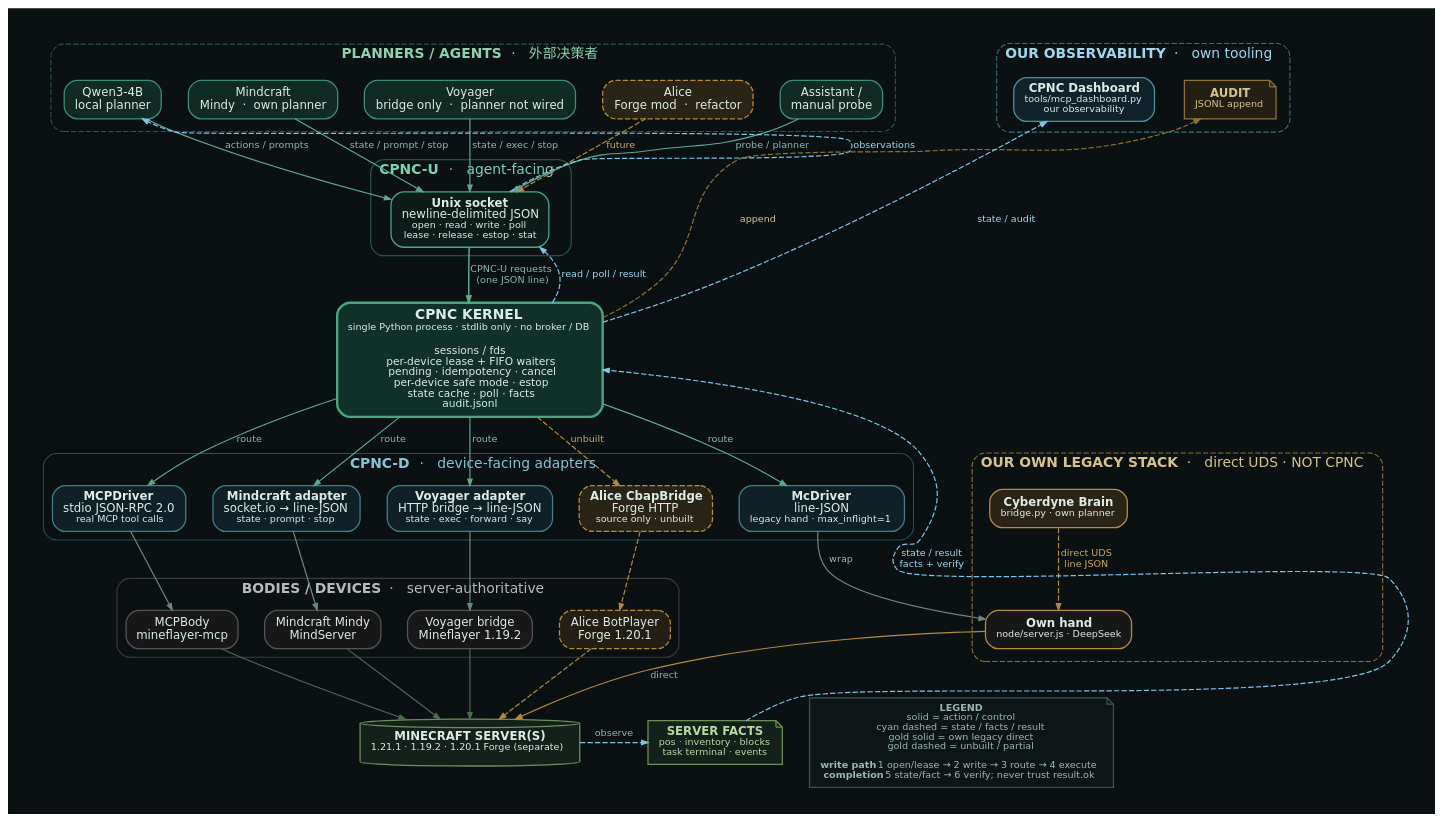
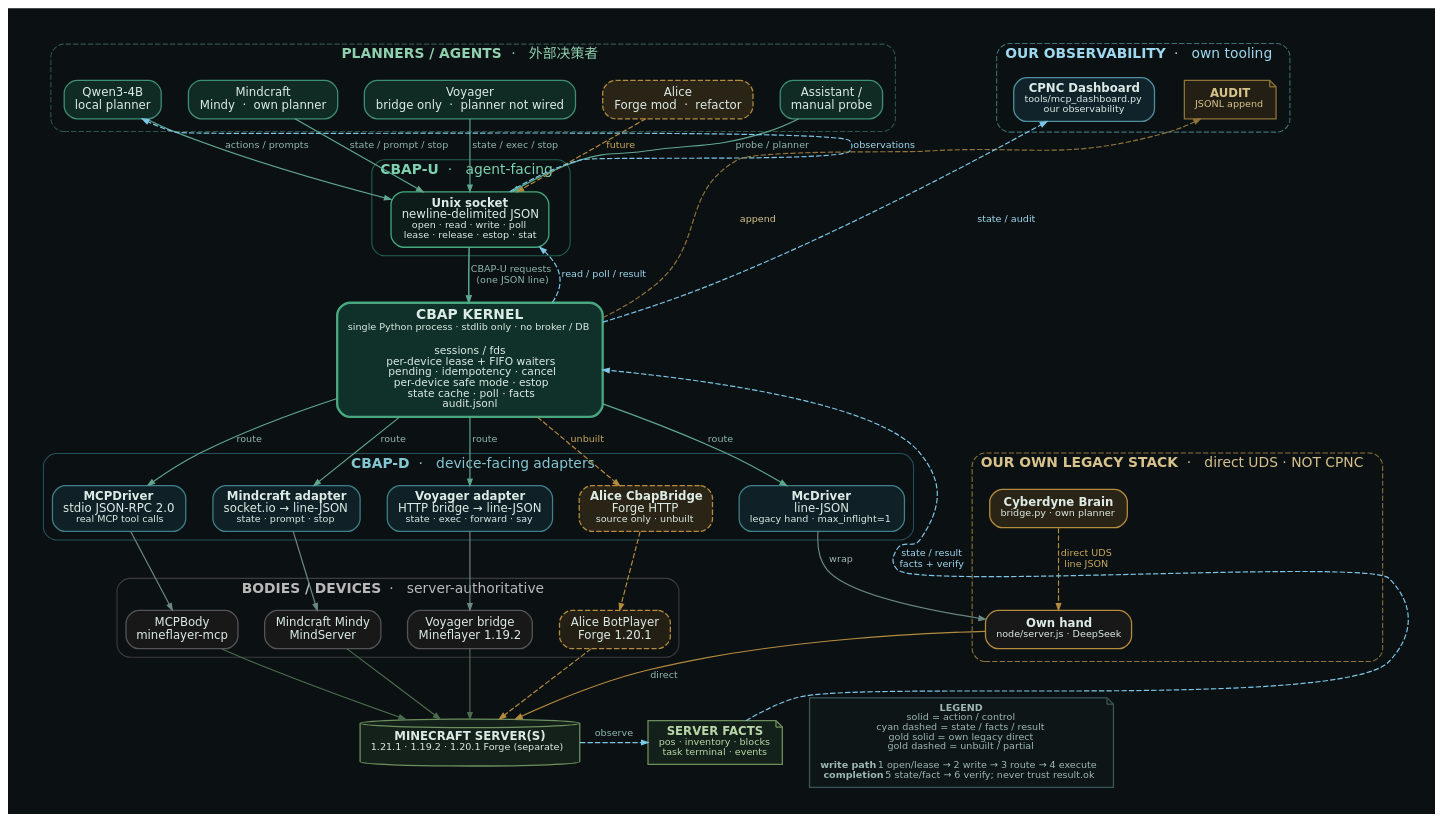
Before and after one commit to cyberdyne-bridge/cyberdyne-bridge-agent-physical-protocol: the diagram in docs/diagrams/cbap-structure.dot, drawn with Graphviz. The commit also changed 37 other files, not shown here.

First line of the commit message:
naming: define CBAP as a CPNC subprotocol

```diff
--- a/docs/diagrams/cbap-structure.dot
+++ b/docs/diagrams/cbap-structure.dot
@@ -1,147 +1,147 @@
 digraph CPNC {
   graph [
     rankdir=TB,
     bgcolor="#0b1012",
     fontname="DejaVu Sans",
     fontcolor="#8fb7af",
     fontsize=13,
     nodesep=0.35,
     ranksep=0.45,
     pad=0.35,
     splines=true,
     compound=true
   ];
   node [
     shape=box,
     style="rounded,filled",
     fontname="DejaVu Sans",
     fontsize=11,
     fontcolor="#dcebe5",
     color="#31484a",
     fillcolor="#121e21",
     penwidth=1.2,
     margin="0.14,0.08"
   ];
   edge [
     color="#5fa88f",
     fontname="DejaVu Sans",
     fontsize=9,
     fontcolor="#8fb7af",
     arrowsize=0.6,
     penwidth=1.1
   ];
 
   subgraph cluster_agents {
     label=<<B>PLANNERS / AGENTS</B>   ·   外部决策者>;
     style="rounded,dashed"; color="#2d5548"; fontcolor="#8fd0ae";
     margin=12;
     qwen  [label="Qwen3-4B\nlocal planner", fillcolor="#102b24", color="#3f8f75"];
     mind  [label="Mindcraft\nMindy  ·  own planner", fillcolor="#102b24", color="#3f8f75"];
     voy   [label="Voyager\nbridge only  ·  planner not wired", fillcolor="#102b24", color="#3f8f75"];
     alice [label="Alice\nForge mod  ·  refactor", style="rounded,filled,dashed", fillcolor="#2a2416", color="#b58b3e"];
     manual[label="Assistant /\nmanual probe", fillcolor="#102b24", color="#3f8f75"];
   }
 
   subgraph cluster_own {
     label=<<B>OUR OWN LEGACY STACK</B>   ·   direct UDS · NOT CPNC>;
     style="rounded,dashed"; color="#8f7338"; fontcolor="#d8c28c";
     margin=12;
     ownbrain [label=<<B>Cyberdyne Brain</B><BR/><FONT POINT-SIZE="9">bridge.py · own planner</FONT>>, fillcolor="#2a2416", color="#b58b3e"];
     ownhand  [label=<<B>Own hand</B><BR/><FONT POINT-SIZE="9">node/server.js · DeepSeek</FONT>>, fillcolor="#181818", color="#b58b3e"];
     ownbrain -> ownhand [label=" direct UDS\n line JSON", color="#b58b3e", style=dashed, fontcolor="#c9a85e"];
   }
 
   subgraph cluster_u {
-    label=<<B>CPNC-U</B>   ·   agent-facing>;
+    label=<<B>CBAP-U</B>   ·   agent-facing>;
     style="rounded"; color="#23614f"; fontcolor="#7dd3b0";
     uds_u [shape=box, style="rounded,filled", fillcolor="#0d1c19", color="#47a980",
            label=<<B>Unix socket</B><BR/>newline-delimited JSON<BR/><FONT POINT-SIZE="9">open · read · write · poll</FONT><BR/><FONT POINT-SIZE="9">lease · release · estop · stat</FONT>>];
   }
 
-  kernel [label=<<B>CPNC KERNEL</B><BR/><FONT POINT-SIZE="9">single Python process · stdlib only · no broker / DB</FONT><BR/><BR/><FONT POINT-SIZE="10">sessions / fds</FONT><BR/><FONT POINT-SIZE="10">per-device lease + FIFO waiters</FONT><BR/><FONT POINT-SIZE="10">pending · idempotency · cancel</FONT><BR/><FONT POINT-SIZE="10">per-device safe mode · estop</FONT><BR/><FONT POINT-SIZE="10">state cache · poll · facts</FONT><BR/><FONT POINT-SIZE="10">audit.jsonl</FONT>>,
+  kernel [label=<<B>CBAP KERNEL</B><BR/><FONT POINT-SIZE="9">single Python process · stdlib only · no broker / DB</FONT><BR/><BR/><FONT POINT-SIZE="10">sessions / fds</FONT><BR/><FONT POINT-SIZE="10">per-device lease + FIFO waiters</FONT><BR/><FONT POINT-SIZE="10">pending · idempotency · cancel</FONT><BR/><FONT POINT-SIZE="10">per-device safe mode · estop</FONT><BR/><FONT POINT-SIZE="10">state cache · poll · facts</FONT><BR/><FONT POINT-SIZE="10">audit.jsonl</FONT>>,
           fillcolor="#103129", color="#48a77f", penwidth=2.2, fontsize=13];
 
   subgraph cluster_d {
-    label=<<B>CPNC-D</B>   ·   device-facing adapters>;
+    label=<<B>CBAP-D</B>   ·   device-facing adapters>;
     style="rounded"; color="#24515b"; fontcolor="#83c7d3";
     mc_drv   [label=<<B>McDriver</B><BR/>line-JSON<BR/><FONT POINT-SIZE="9">legacy hand · max_inflight=1</FONT>>, fillcolor="#0f2026", color="#3f7f8a"];
     mcp_drv  [label=<<B>MCPDriver</B><BR/>stdio JSON-RPC 2.0<BR/><FONT POINT-SIZE="9">real MCP tool calls</FONT>>, fillcolor="#0f2026", color="#3f7f8a"];
     mind_drv [label=<<B>Mindcraft adapter</B><BR/>socket.io → line-JSON<BR/><FONT POINT-SIZE="9">state · prompt · stop</FONT>>, fillcolor="#0f2026", color="#3f7f8a"];
     voy_drv  [label=<<B>Voyager adapter</B><BR/>HTTP bridge → line-JSON<BR/><FONT POINT-SIZE="9">state · exec · forward · say</FONT>>, fillcolor="#0f2026", color="#3f7f8a"];
     alice_drv[label=<<B>Alice CbapBridge</B><BR/>Forge HTTP<BR/><FONT POINT-SIZE="9">source only · unbuilt</FONT>>, style="rounded,filled,dashed", fillcolor="#2a2416", color="#b58b3e"];
   }
 
   subgraph cluster_b {
     label=<<B>BODIES / DEVICES</B>   ·   server-authoritative>;
     style="rounded"; color="#3c3c3c"; fontcolor="#b9b9b9";
     mcp    [label="MCPBody\nmineflayer-mcp", fillcolor="#181818", color="#555555"];
     mindy  [label="Mindcraft Mindy\nMindServer", fillcolor="#181818", color="#555555"];
     vbody  [label="Voyager bridge\nMineflayer 1.19.2", fillcolor="#181818", color="#555555"];
     aliceb [label="Alice BotPlayer\nForge 1.20.1", style="rounded,filled,dashed", fillcolor="#241f14", color="#b58b3e"];
   }
 
   mc [label=<<B>MINECRAFT SERVER(S)</B><BR/><FONT POINT-SIZE="9">1.21.1 · 1.19.2 · 1.20.1 Forge (separate)</FONT>>,
       shape=cylinder, fillcolor="#14201a", color="#6d8f5d"];
 
   facts [shape=note, style="filled", fillcolor="#14201a", color="#6d8f5d",
          fontcolor="#b9d8a8",
          label=<<B>SERVER FACTS</B><BR/><FONT POINT-SIZE="9">pos · inventory · blocks<BR/>task terminal · events</FONT>>];
 
   subgraph cluster_obs {
     label=<<B>OUR OBSERVABILITY</B>   ·   own tooling>;
     style="rounded,dashed"; color="#3f6f7a"; fontcolor="#9ed8ef";
     margin=10;
     audit [shape=note, style="filled", fillcolor="#241f14", color="#8f7338",
            fontcolor="#d8c28c",
            label=<<B>AUDIT</B><BR/><FONT POINT-SIZE="9">JSONL append</FONT>>];
     dashboard [shape=box, style="rounded,filled", fillcolor="#10232a", color="#4f8f9d",
                label=<<B>CPNC Dashboard</B><BR/><FONT POINT-SIZE="9">tools/mcp_dashboard.py</FONT><BR/><FONT POINT-SIZE="9">our observability</FONT>>];
   }
 
   legend [shape=note, style="filled", fillcolor="#0d1517", color="#3a5557",
           fontcolor="#9db8b0", fontsize=9,
           label=<<B>LEGEND</B><BR/>solid = action / control<BR/>cyan dashed = state / facts / result<BR/>gold solid = own legacy direct<BR/>gold dashed = unbuilt / partial<BR/><BR/><B>write path</B> 1 open/lease → 2 write → 3 route → 4 execute<BR/><B>completion</B> 5 state/fact → 6 verify; never trust result.ok>];
 
   // agents → UDS
   qwen -> uds_u [label=" actions / prompts"];
   mind -> uds_u [label=" state / prompt / stop"];
   voy  -> uds_u [label=" state / exec / stop"];
   manual -> uds_u [label=" probe / planner"];
   alice -> uds_u [style=dashed, color="#b58b3e", label=" future", fontcolor="#c9a85e"];
 
   // UDS → kernel
-  uds_u -> kernel [label=" CPNC-U requests\n  (one JSON line)", color="#5fa88f", penwidth=1.4];
+  uds_u -> kernel [label=" CBAP-U requests\n  (one JSON line)", color="#5fa88f", penwidth=1.4];
 
   // kernel → adapters
   kernel -> mc_drv   [label=" route", color="#5fa88f"];
   kernel -> mcp_drv  [label=" route", color="#5fa88f"];
   kernel -> mind_drv [label=" route", color="#5fa88f"];
   kernel -> voy_drv  [label=" route", color="#5fa88f"];
   kernel -> alice_drv [style=dashed, color="#b58b3e", label=" unbuilt", fontcolor="#c9a85e"];
 
   // adapters → bodies
   mc_drv -> ownhand  [color="#6b8a83", label=" wrap", fontcolor="#9db8b0"];
   mcp_drv -> mcp     [color="#6b8a83"];
   mind_drv -> mindy  [color="#6b8a83"];
   voy_drv -> vbody   [color="#6b8a83"];
   alice_drv -> aliceb [style=dashed, color="#b58b3e"];
 
   // bodies → server
   ownhand -> mc [color="#b58b3e", label=" direct"];
   mcp -> mc    [color="#4c6b4f"];
   mindy -> mc  [color="#4c6b4f"];
   vbody -> mc  [color="#4c6b4f"];
   aliceb -> mc [style=dashed, color="#b58b3e"];
 
   // facts return (conceptual)
   mc -> facts [style=dashed, color="#7cc7e8", label=" observe", constraint=false];
   facts -> kernel [style=dashed, color="#7cc7e8", label=" state / result\n facts + verify", fontcolor="#9ed8ef", constraint=false];
   kernel -> uds_u [style=dashed, color="#7cc7e8", label=" read / poll / result", fontcolor="#9ed8ef", constraint=false];
   uds_u -> qwen [style=dashed, color="#7cc7e8", label=" observations", fontcolor="#9ed8ef", constraint=false];
 
   { rank=same; mc; facts; legend; }
 
   kernel -> audit [style=dashed, color="#8f7338", label=" append", fontcolor="#d8c28c", constraint=false];
   kernel -> dashboard [style=dashed, color="#7cc7e8", label=" state / audit", fontcolor="#9ed8ef", constraint=false];
 
         }
```
